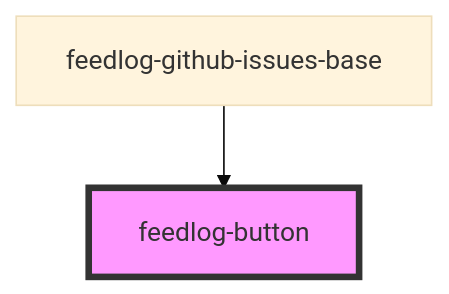
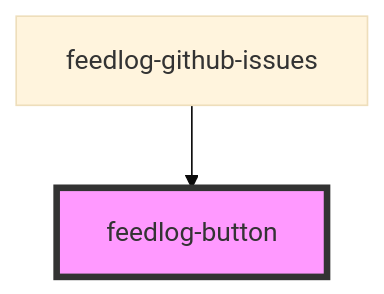
Before and after one commit to FeedlogAI/feedlog-toolkit: the diagram in packages/webcomponents/src/components/feedlog-button/readme.md, drawn with Mermaid (base theme). The commit also changed other lines of this file and 28 other files, not shown here.

Commit message:
Refactor Feedlog components: replace FeedlogGithubIssuesBase and FeedlogGithubIssuesSdk with FeedlogGithubIssuesClient, update component structure for improved rendering, and enhance theme support. Adjust documentation and remove deprecated files for cleaner codebase.

````diff
--- a/packages/webcomponents/src/components/feedlog-button/readme.md
+++ b/packages/webcomponents/src/components/feedlog-button/readme.md
@@ -38,5 +38,5 @@
 ```mermaid
 graph TD;
-  feedlog-github-issues-base --> feedlog-button
+  feedlog-github-issues --> feedlog-button
   style feedlog-button fill:#f9f,stroke:#333,stroke-width:4px
 ```
````
